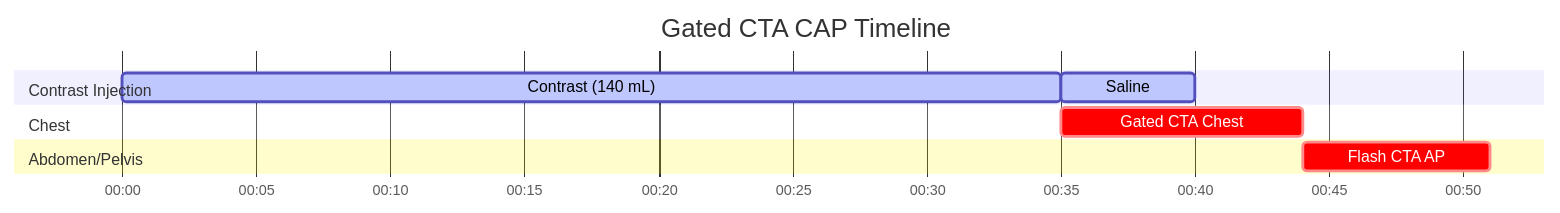
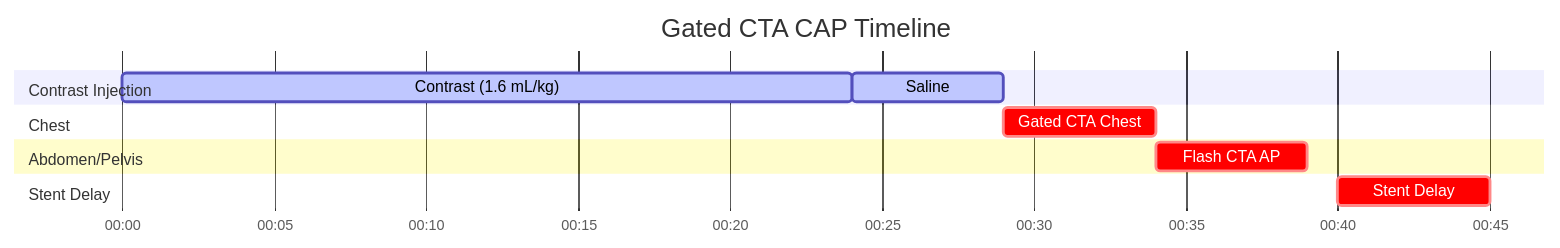
The diagram in docs/ct/cardiac/gated-cta-cap.md (dfergs93/radiology-protocols), drawn with Mermaid before and after one commit. The commit also changed other lines of this file and 26 other files, not shown here.

````diff
--- a/docs/ct/cardiac/gated-cta-cap.md
+++ b/docs/ct/cardiac/gated-cta-cap.md
@@ -87,20 +89,22 @@
   ```mermaid
   ---
   displayMode: compact
   config:
     theme: default
     themeCSS: " #Saline{ fill: #4ed5ff; stroke: #2094f3; } "
   ---
     gantt
       title Gated CTA CAP Timeline
       dateFormat mm:ss
       axisFormat %M:%S 
       
       section Contrast Injection
-      Contrast (140 mL)    :active, contrast, 00:00, 35s
+      Contrast (1.6 mL/kg)    :active, contrast, 00:00, 24s
       Saline          :active, saline, after contrast, 5s
       section Chest
-      Gated CTA Chest    :crit, scan1, after contrast, 9.0s
+      Gated CTA Chest    :crit, scan1, after saline, 5s
       section Abdomen/Pelvis
-      Flash CTA AP    :crit, scan2, after scan1, 7s
+      Flash CTA AP    :crit, scan2, after scan1, 5s
+      section Stent Delay
+      Stent Delay    :crit, scan3, 00:40, 5s
   ```
````
